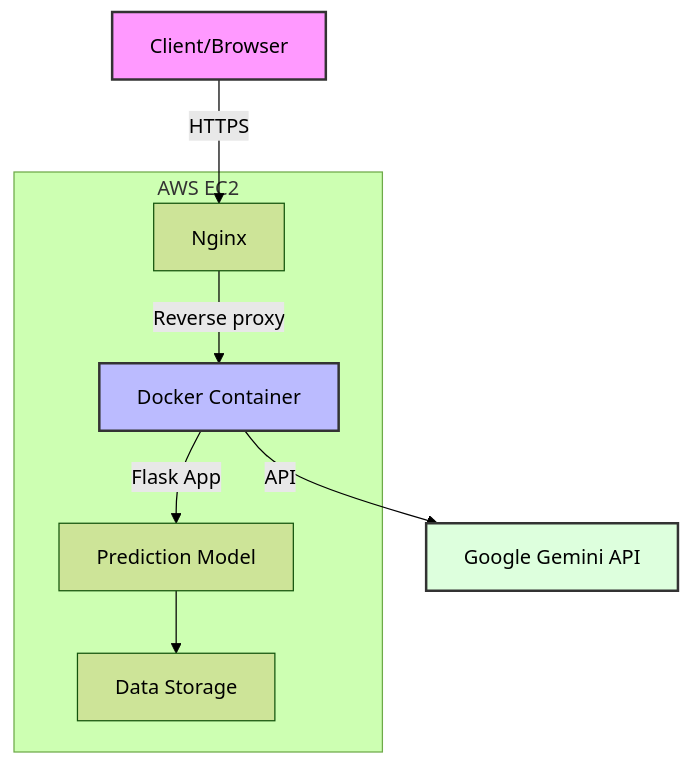
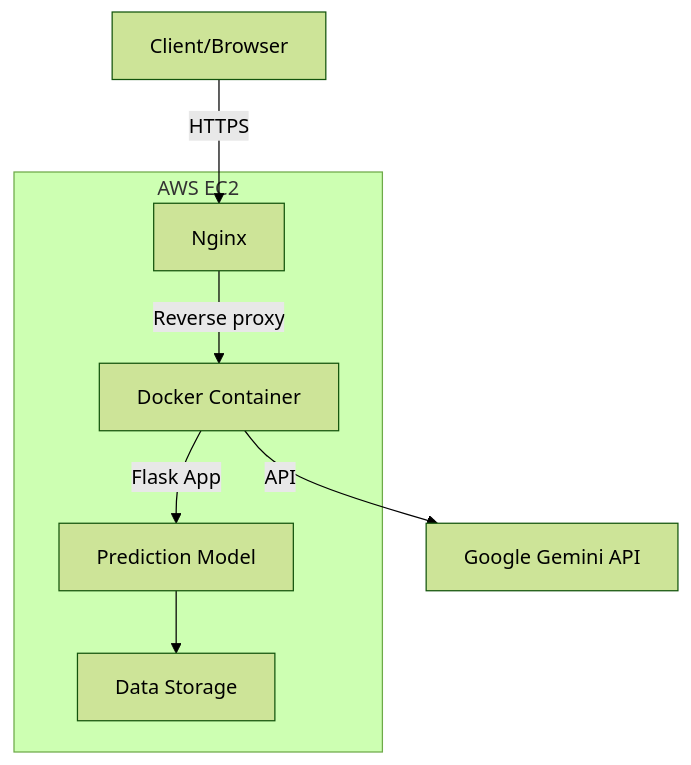
Before and after one commit to Dylalva/TeenSmartInsight: the fourth of 4 diagrams in docs/WORKFLOW_DIAGRAM.md, drawn with Mermaid (forest theme). The commit also changed other lines of this file and 5 other files, not shown here.

````diff
--- a/docs/WORKFLOW_DIAGRAM.md
+++ b/docs/WORKFLOW_DIAGRAM.md
@@ -75,19 +64,15 @@
 ```mermaid
 flowchart TD
     A[Client/Browser] -->|HTTPS| B[Nginx]
     B -->|Reverse proxy| C[Docker Container]
     C -->|Flask App| D[Prediction Model]
     C -->|API| E[Google Gemini API]
     D --> F[Data Storage]
     
-    subgraph AWS EC2
+    subgraph AWSEC2[AWS EC2]
         B
         C
         D
         F
     end
-    
-    style A fill:#f9f,stroke:#333,stroke-width:2px
-    style C fill:#bbf,stroke:#333,stroke-width:2px
-    style E fill:#dfd,stroke:#333,stroke-width:2px
 ```
````
